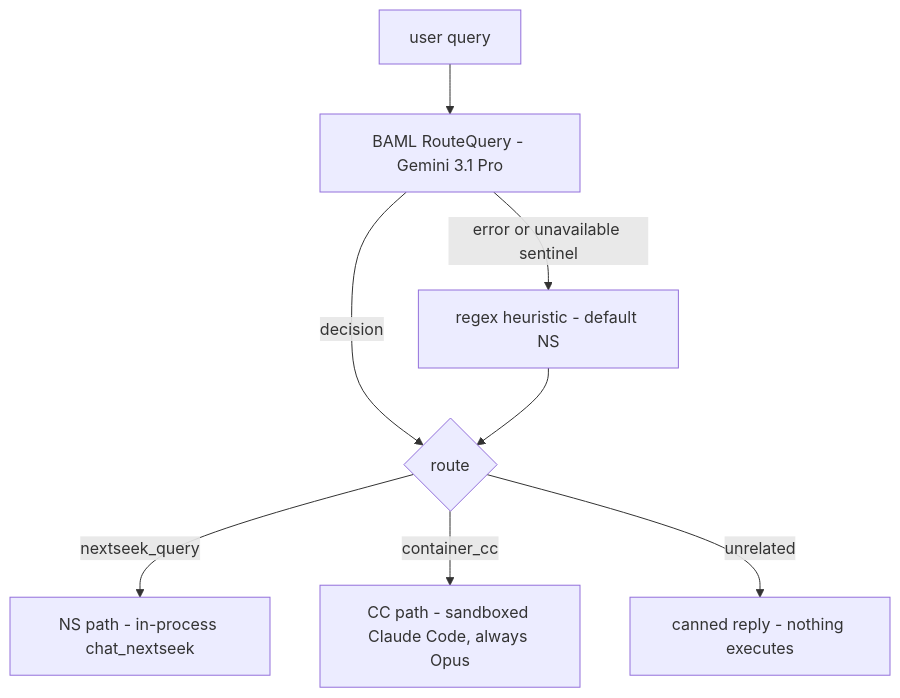
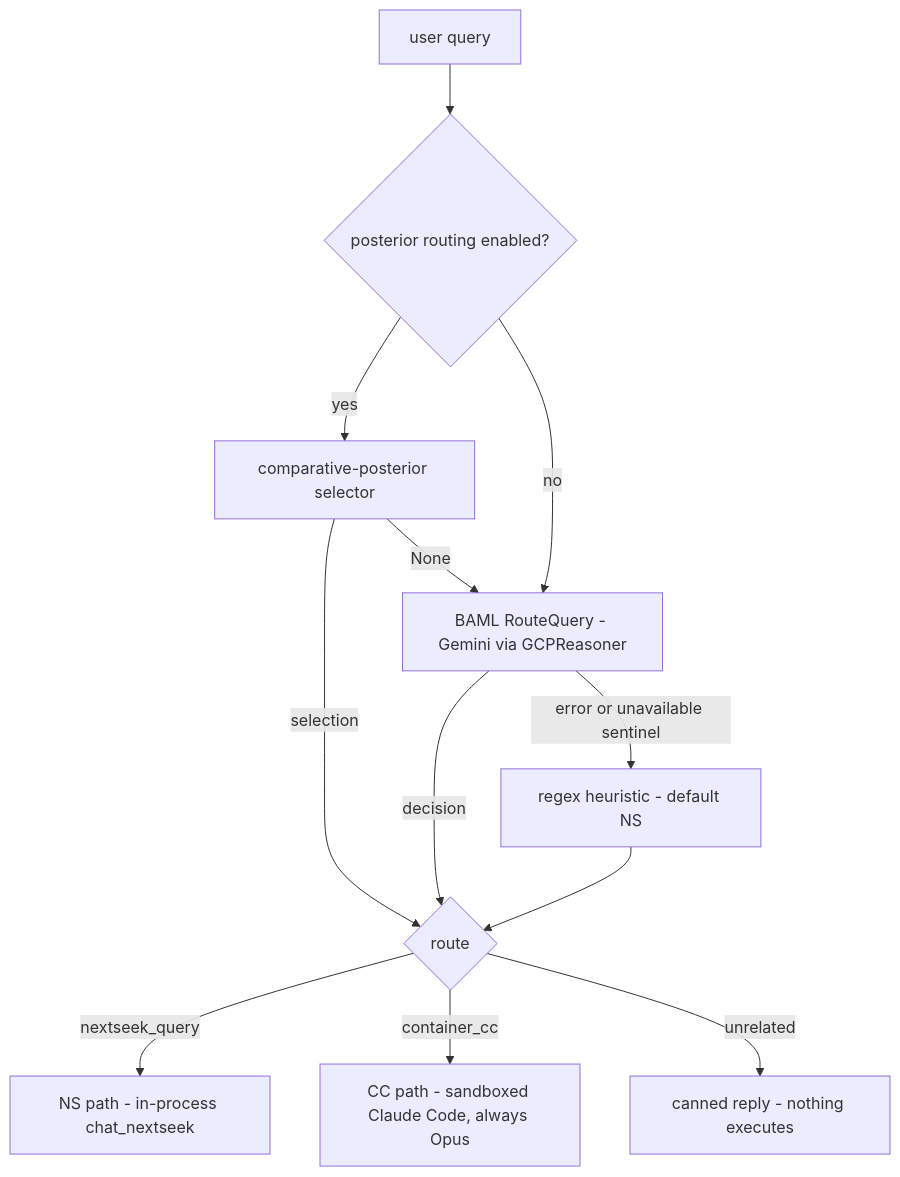
The second of 4 diagrams in architecture.md (BioMicroCenter/NExtSEEK), drawn with Mermaid before and after one commit. The commit also changed other lines of this file and 2 other files, not shown here.

First line of the commit message:
docs: refresh architecture.md and UI.md against current source

````diff
--- a/architecture.md
+++ b/architecture.md
@@ -85,10 +86,14 @@
 ```mermaid
 flowchart TD
-    Q["user query"] --> L["BAML RouteQuery - Gemini 3.1 Pro"]
-    L -->|"decision"| R{"route"}
+    Q["user query"] --> F{"posterior routing enabled?"}
+    F -->|"yes"| PS["comparative-posterior selector"]
+    PS -->|"selection"| R{"route"}
+    PS -->|"None"| L
+    F -->|"no"| L["BAML RouteQuery - Gemini via GCPReasoner"]
+    L -->|"decision"| R
     L -->|"error or unavailable sentinel"| H["regex heuristic - default NS"]
     H --> R
     R -->|"nextseek_query"| NS["NS path - in-process chat_nextseek"]
     R -->|"container_cc"| CCP["CC path - sandboxed Claude Code, always Opus"]
     R -->|"unrelated"| U["canned reply - nothing executes"]
 ```
````
